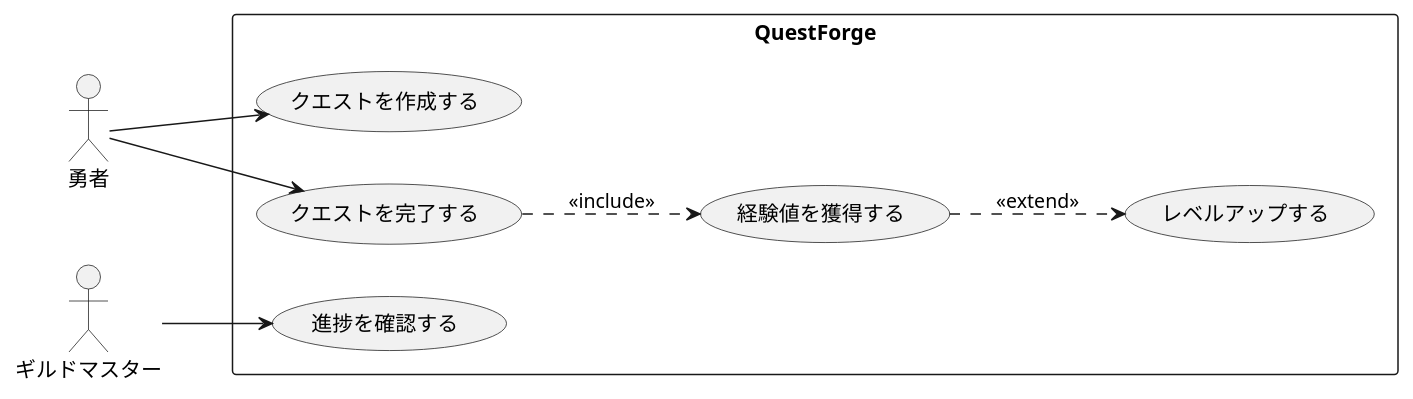
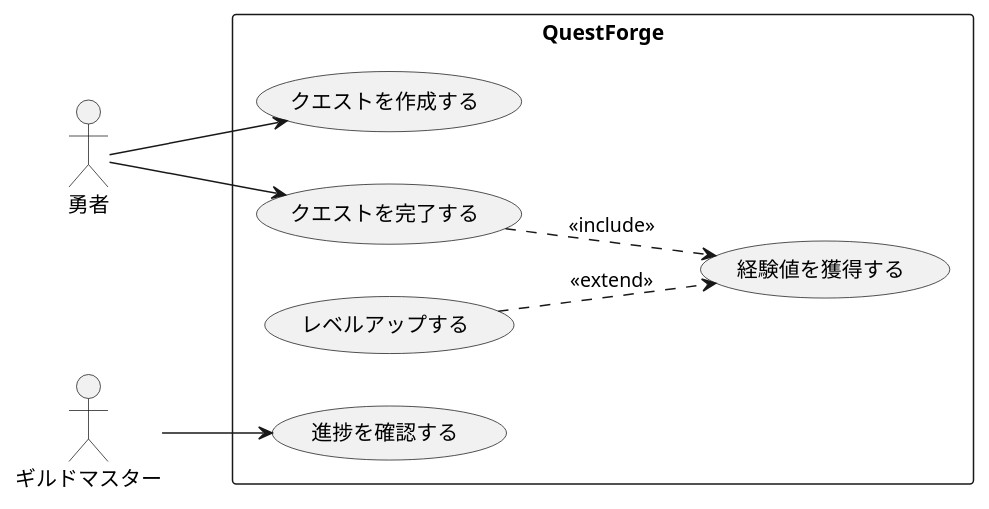
Before and after one commit to ogawahideto/sweng_textbook: the diagram in chapters/part1/chapter01/1-5.md, drawn with PlantUML. The commit also changed other lines of this file and 3 other files, not shown here.

````diff
--- a/chapters/part1/chapter01/1-5.md
+++ b/chapters/part1/chapter01/1-5.md
@@ -142,23 +142,23 @@
 ```plantuml
 @startuml
 left to right direction
 
 actor 勇者
 actor ギルドマスター
 
 rectangle QuestForge {
   usecase "クエストを作成する" as UC1
   usecase "クエストを完了する" as UC2
   usecase "経験値を獲得する" as UC3
   usecase "レベルアップする" as UC4
   usecase "進捗を確認する" as UC5
 }
 
 勇者 --> UC1
 勇者 --> UC2
 UC2 ..> UC3 : <<include>>
-UC3 ..> UC4 : <<extend>>
+UC4 ..> UC3 : <<extend>>
 ギルドマスター --> UC5
 
 @enduml
 ```
````
